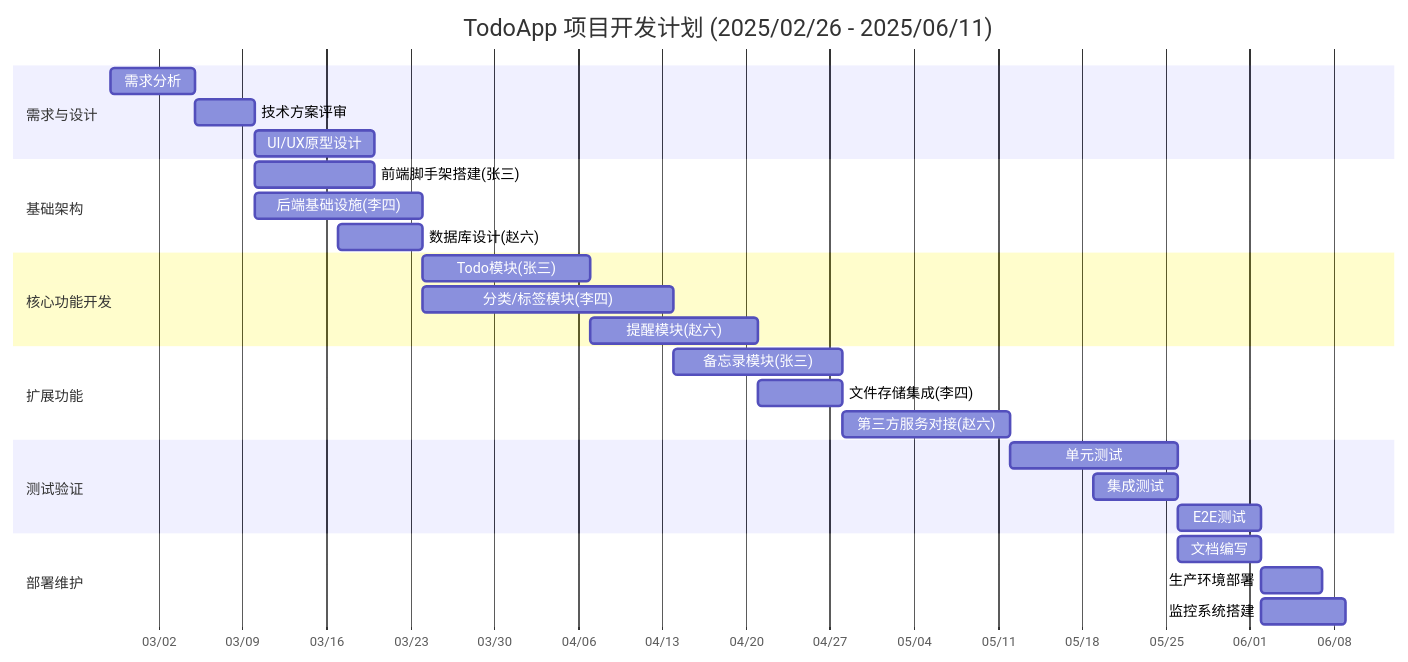
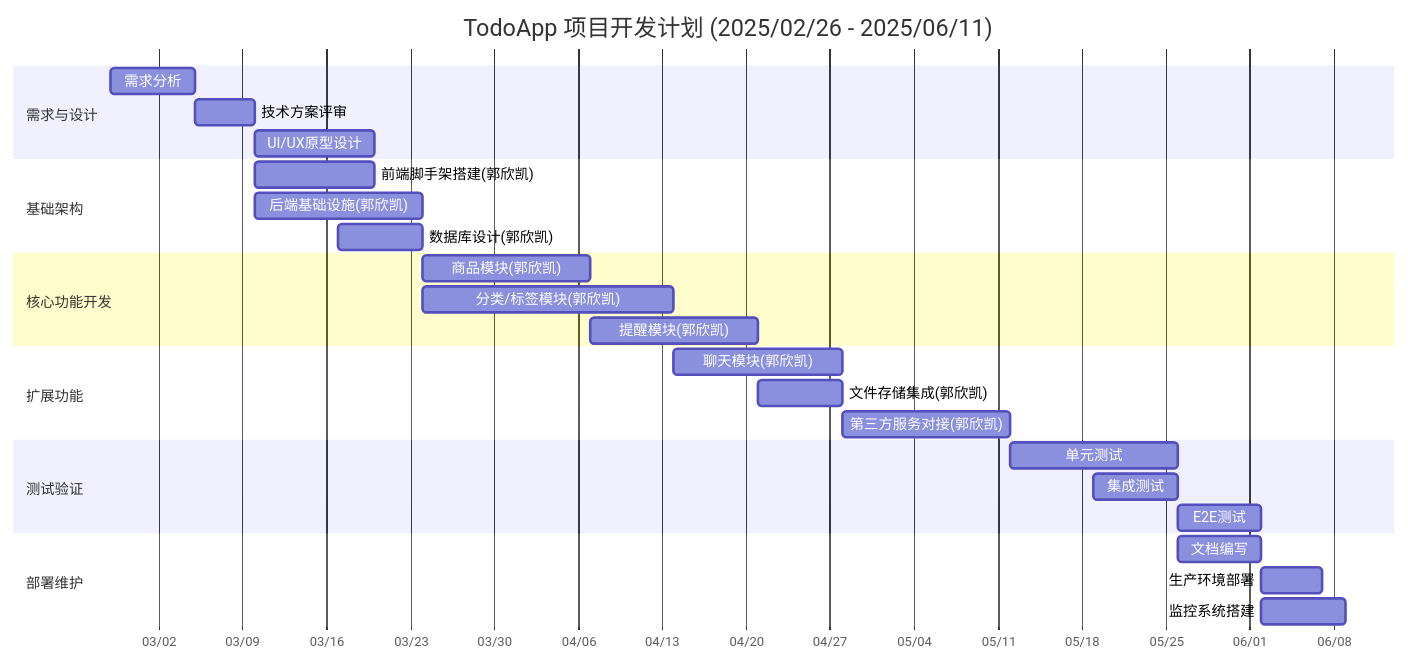
Before and after one commit to onlygggxk/docs: the second of 2 diagrams in README.md, drawn with Mermaid.

````diff
--- a/README.md
+++ b/README.md
@@ -109,36 +109,36 @@
 ```mermaid
 gantt
     title TodoApp 项目开发计划 (2025/02/26 - 2025/06/11)
     dateFormat  YYYY-MM-DD
     axisFormat %m/%d
     
     section 需求与设计
     需求分析           :a1, 2025-02-26, 7d
     技术方案评审       :a2, after a1, 5d
     UI/UX原型设计      :a3, after a2, 10d
     
     section 基础架构
-    前端脚手架搭建(张三)  :b1, 2025-03-10, 10d
-    后端基础设施(李四)   :b2, 2025-03-10, 14d
-    数据库设计(赵六)    :b3, 2025-03-17, 7d
+    前端脚手架搭建(郭欣凯)  :b1, 2025-03-10, 10d
+    后端基础设施(郭欣凯)   :b2, 2025-03-10, 14d
+    数据库设计(郭欣凯)    :b3, 2025-03-17, 7d
     
     section 核心功能开发
-    Todo模块(张三)     :c1, 2025-03-24, 14d
-    分类/标签模块(李四) :c2, 2025-03-24, 21d
-    提醒模块(赵六)     :c3, 2025-04-07, 14d
+    商品模块(郭欣凯)     :c1, 2025-03-24, 14d
+    分类/标签模块(郭欣凯) :c2, 2025-03-24, 21d
+    提醒模块(郭欣凯)     :c3, 2025-04-07, 14d
     
     section 扩展功能
-    备忘录模块(张三)   :d1, 2025-04-14, 14d
-    文件存储集成(李四) :d2, 2025-04-21, 7d
-    第三方服务对接(赵六) :d3, 2025-04-28, 14d
+    聊天模块(郭欣凯)   :d1, 2025-04-14, 14d
+    文件存储集成(郭欣凯) :d2, 2025-04-21, 7d
+    第三方服务对接(郭欣凯) :d3, 2025-04-28, 14d
     
     section 测试验证
     单元测试           :e1, 2025-05-12, 14d
     集成测试           :e2, 2025-05-19, 7d
     E2E测试           :e3, 2025-05-26, 7d
     
     section 部署维护
     文档编写           :f1, 2025-05-26, 7d
     生产环境部署       :f2, 2025-06-02, 5d
     监控系统搭建       :f3, 2025-06-02, 7d
 ```
````
